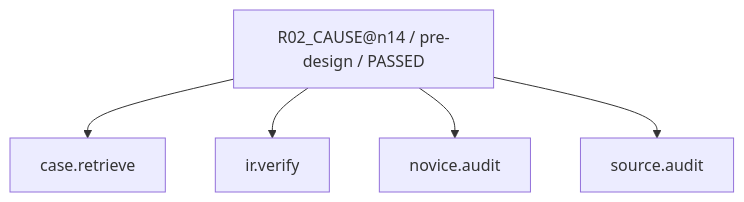
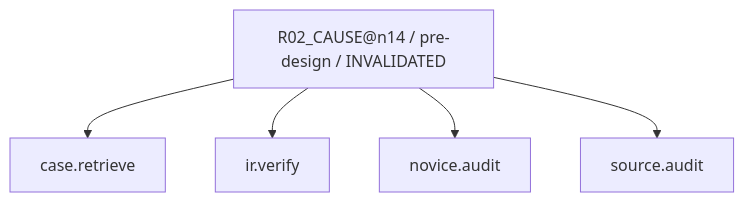
Before and after one commit to rrikunagasige-dot/kyotsu-step-web: diagram 11 of 28 in work/items/W-MATH-048-n1314-source-audit/generated/CAPABILITY_FIRE_DIAGRAM.md, drawn with Mermaid. The commit also changed other lines of this file and 32 other files, not shown here.

````diff
--- a/work/items/W-MATH-048-n1314-source-audit/generated/CAPABILITY_FIRE_DIAGRAM.md
+++ b/work/items/W-MATH-048-n1314-source-audit/generated/CAPABILITY_FIRE_DIAGRAM.md
@@ -167,12 +167,12 @@
 ```mermaid
 flowchart TD
-  N0["R02_CAUSE@n14 / pre-design / PASSED"]
+  N0["R02_CAUSE@n14 / pre-design / INVALIDATED"]
   N1["case.retrieve"]
   N2["ir.verify"]
   N3["source.audit"]
   N4["novice.audit"]
   N0 --> N1
   N0 --> N2
   N0 --> N4
   N0 --> N3
 ```
````
